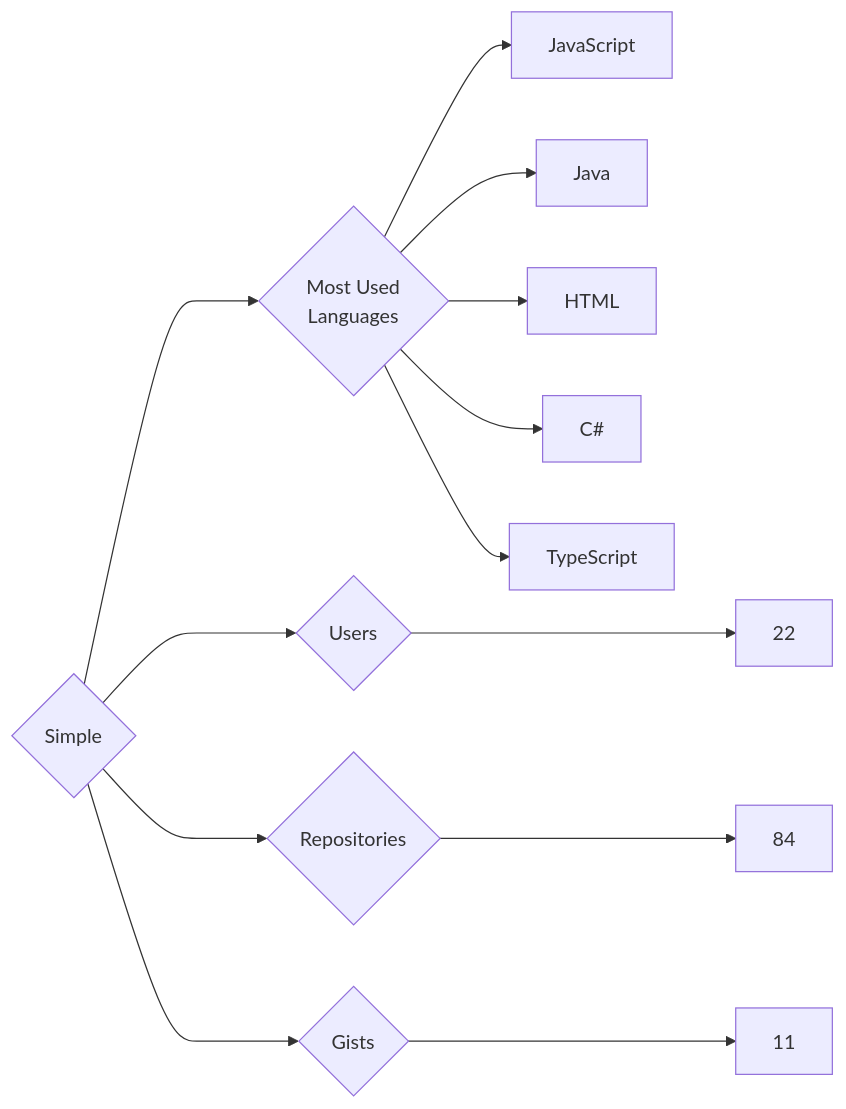
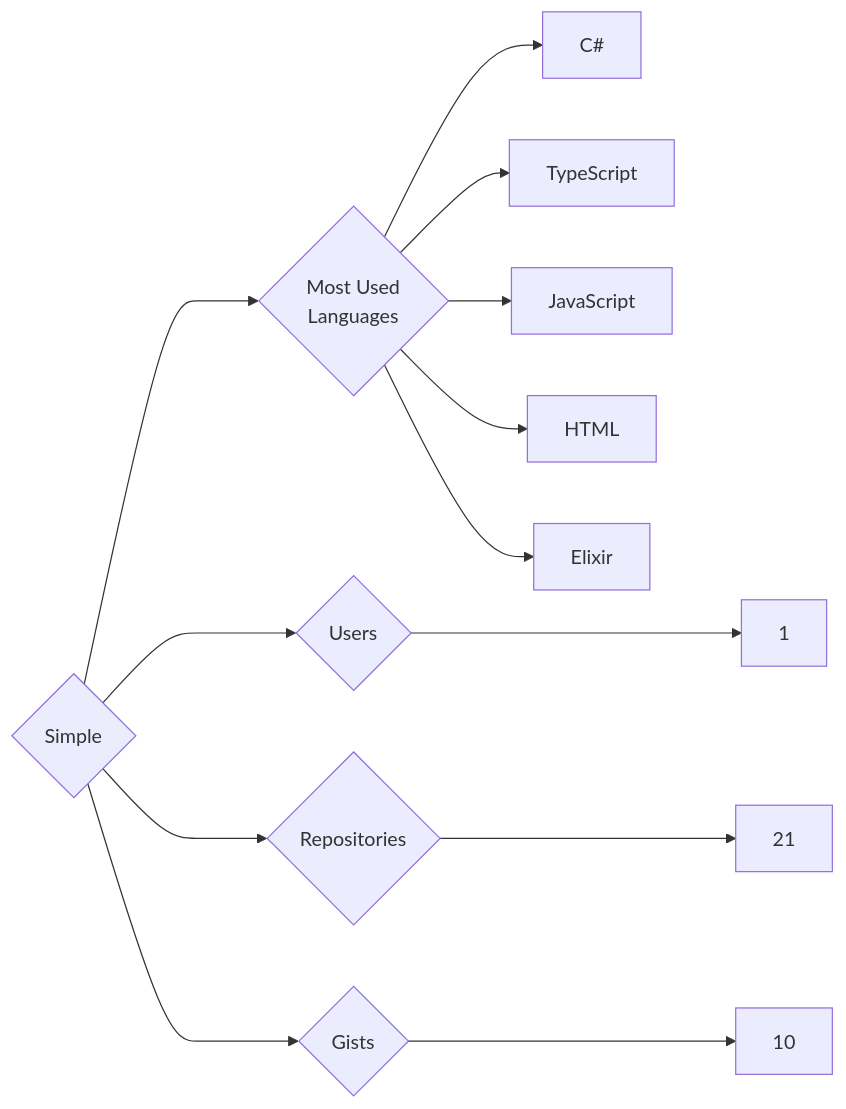
One commit to trickest/insiders changed the diagram in targets/Simple/README.md. Above: the diagram before and after it, drawn with Mermaid. The commit also changed 955 other files, not shown here.

````diff
--- a/targets/Simple/README.md
+++ b/targets/Simple/README.md
@@ -3,13 +3,13 @@
 ```mermaid
 graph LR
 COMPANY_NAME{Simple}
-COMPANY_NAME ---> U{Users} ---> UN[22]
-COMPANY_NAME ---> R{Repositories} ---> RN[84]
-COMPANY_NAME ---> G{Gists} ---> GN[11]
+COMPANY_NAME ---> U{Users} ---> UN[1]
+COMPANY_NAME ---> R{Repositories} ---> RN[21]
+COMPANY_NAME ---> G{Gists} ---> GN[10]
 COMPANY_NAME ---> ML{Most Used<br>Languages}
-ML --> JavaScript[JavaScript]
-ML --> Java[Java]
-ML --> HTML[HTML]
 ML --> C#[C#]
 ML --> TypeScript[TypeScript]
+ML --> JavaScript[JavaScript]
+ML --> HTML[HTML]
+ML --> Elixir[Elixir]
 ```
````
